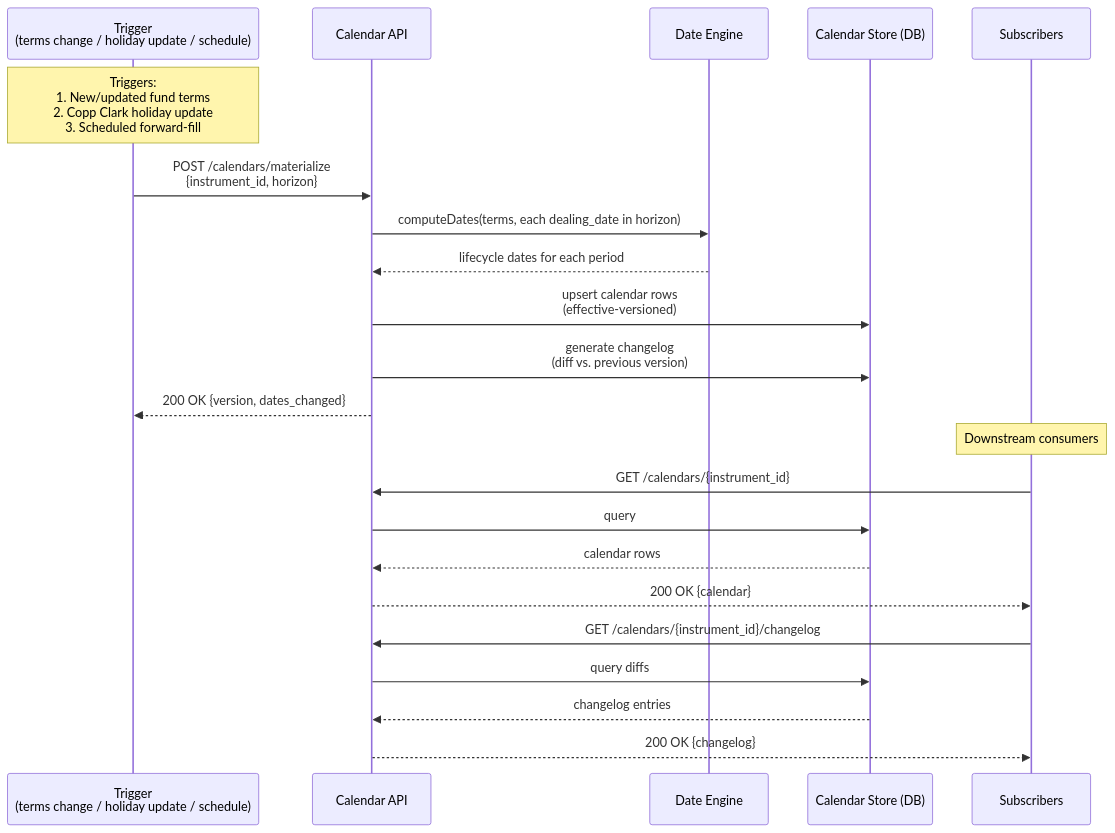
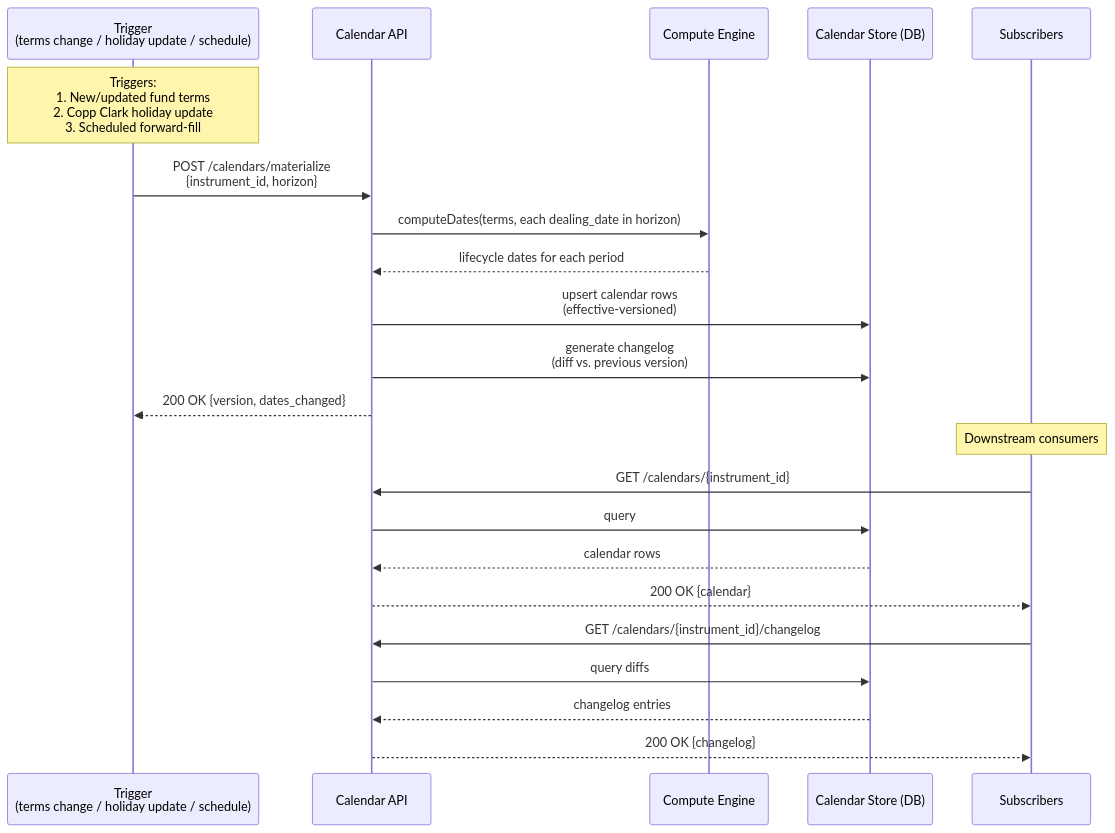
One commit to Ashu290905/OSYTE changed the sixth of 8 diagrams in lcs-main/docs/architecture.md. Above: the diagram before and after it, drawn with Mermaid. The commit also changed other lines of this file, not shown here.

First line of the commit message:
Refactor architecture: Holiday Resolver with caching, Compute Engine, Terms Reader

````diff
--- a/lcs-main/docs/architecture.md
+++ b/lcs-main/docs/architecture.md
@@ -339,33 +390,33 @@
 ```mermaid
 sequenceDiagram
     participant Trigger as Trigger<br/>(terms change / holiday update / schedule)
     participant CalAPI as Calendar API
-    participant DE as Date Engine
+    participant DE as Compute Engine
     participant Store as Calendar Store (DB)
     participant Sub as Subscribers
 
     Note over Trigger: Triggers:<br/>1. New/updated fund terms<br/>2. Copp Clark holiday update<br/>3. Scheduled forward-fill
 
     Trigger->>CalAPI: POST /calendars/materialize<br/>{instrument_id, horizon}
 
     CalAPI->>DE: computeDates(terms, each dealing_date in horizon)
     DE-->>CalAPI: lifecycle dates for each period
 
     CalAPI->>Store: upsert calendar rows<br/>(effective-versioned)
 
     CalAPI->>Store: generate changelog<br/>(diff vs. previous version)
 
     CalAPI-->>Trigger: 200 OK {version, dates_changed}
 
     Note over Sub: Downstream consumers
 
     Sub->>CalAPI: GET /calendars/{instrument_id}
     CalAPI->>Store: query
     Store-->>CalAPI: calendar rows
     CalAPI-->>Sub: 200 OK {calendar}
 
     Sub->>CalAPI: GET /calendars/{instrument_id}/changelog
     CalAPI->>Store: query diffs
     Store-->>CalAPI: changelog entries
     CalAPI-->>Sub: 200 OK {changelog}
 ```
````
